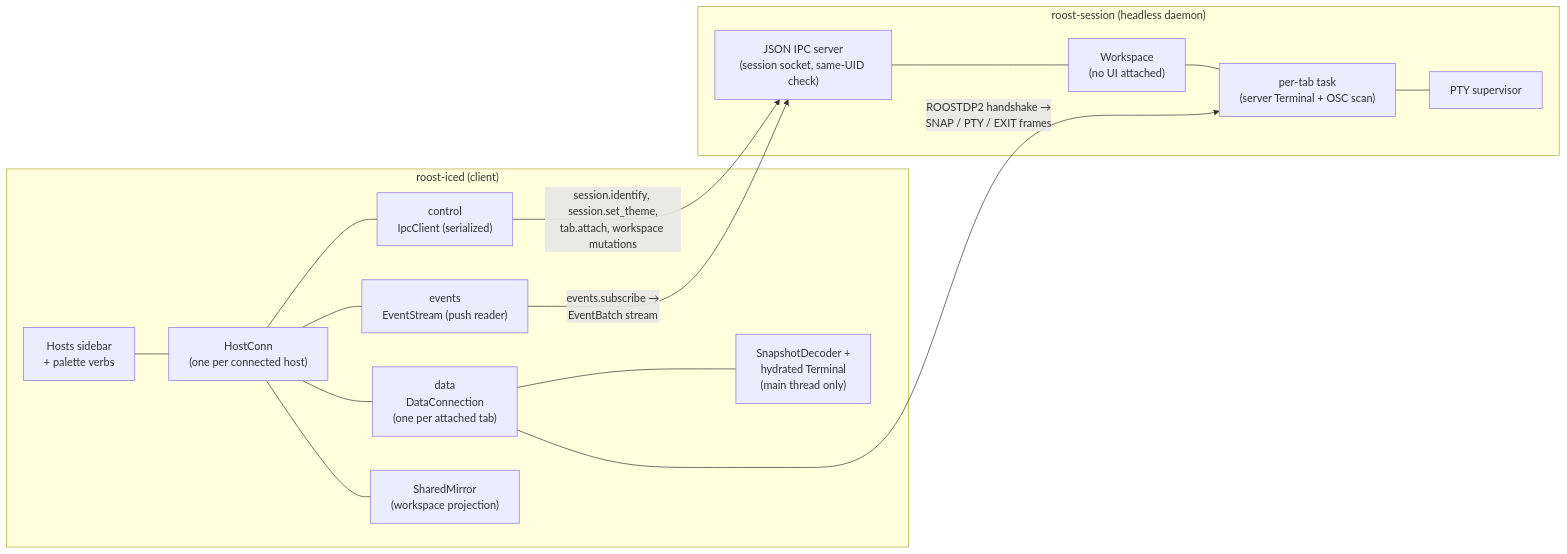
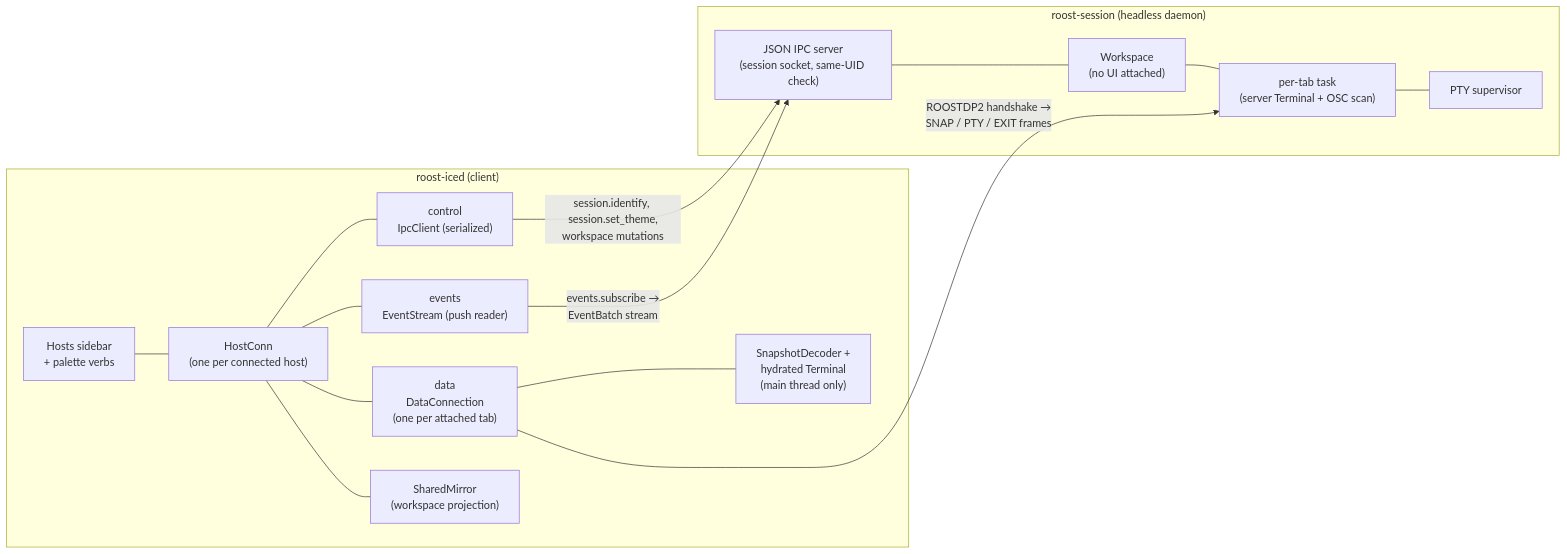
Before and after one commit to charliek/roost: the first of 3 diagrams in docs/development/host-sessions.md, drawn with Mermaid. The commit also changed other lines of this file and 45 other files, not shown here.

````diff
--- a/docs/development/host-sessions.md
+++ b/docs/development/host-sessions.md
@@ -9,34 +9,34 @@
 ```mermaid
 flowchart LR
   subgraph IcedApp["roost-iced (client)"]
     Sidebar["Hosts sidebar<br/>+ palette verbs"]
     HostConn["HostConn<br/>(one per connected host)"]
     Control["control<br/>IpcClient (serialized)"]
     EventsConn["events<br/>EventStream (push reader)"]
     Data["data<br/>DataConnection<br/>(one per attached tab)"]
     Mirror["SharedMirror<br/>(workspace projection)"]
     Decoder["SnapshotDecoder +<br/>hydrated Terminal<br/>(main thread only)"]
 
     Sidebar --- HostConn
     HostConn --- Control
     HostConn --- EventsConn
     HostConn --- Data
     HostConn --- Mirror
     Data --- Decoder
   end
 
   subgraph Session["roost-session (headless daemon)"]
     SessionIPC["JSON IPC server<br/>(session socket, same-UID check)"]
     Workspace["Workspace<br/>(no UI attached)"]
     TabTask["per-tab task<br/>(server Terminal + OSC scan)"]
     PTY["PTY supervisor"]
 
     SessionIPC --- Workspace
     Workspace --- TabTask
     TabTask --- PTY
   end
 
-  Control -- "session.identify, session.set_theme,<br/>tab.attach, workspace mutations" --> SessionIPC
+  Control -- "session.identify, session.set_theme,<br/>workspace mutations" --> SessionIPC
   EventsConn -- "events.subscribe →<br/>EventBatch stream" --> SessionIPC
   Data -- "ROOSTDP2 handshake →<br/>SNAP / PTY / EXIT frames" --> TabTask
 ```
````
